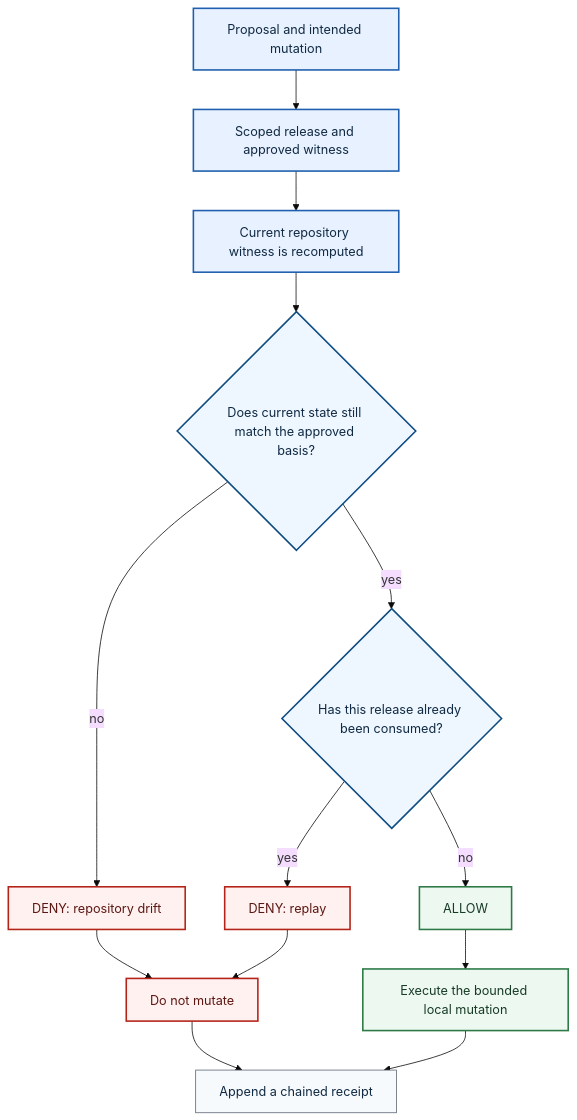
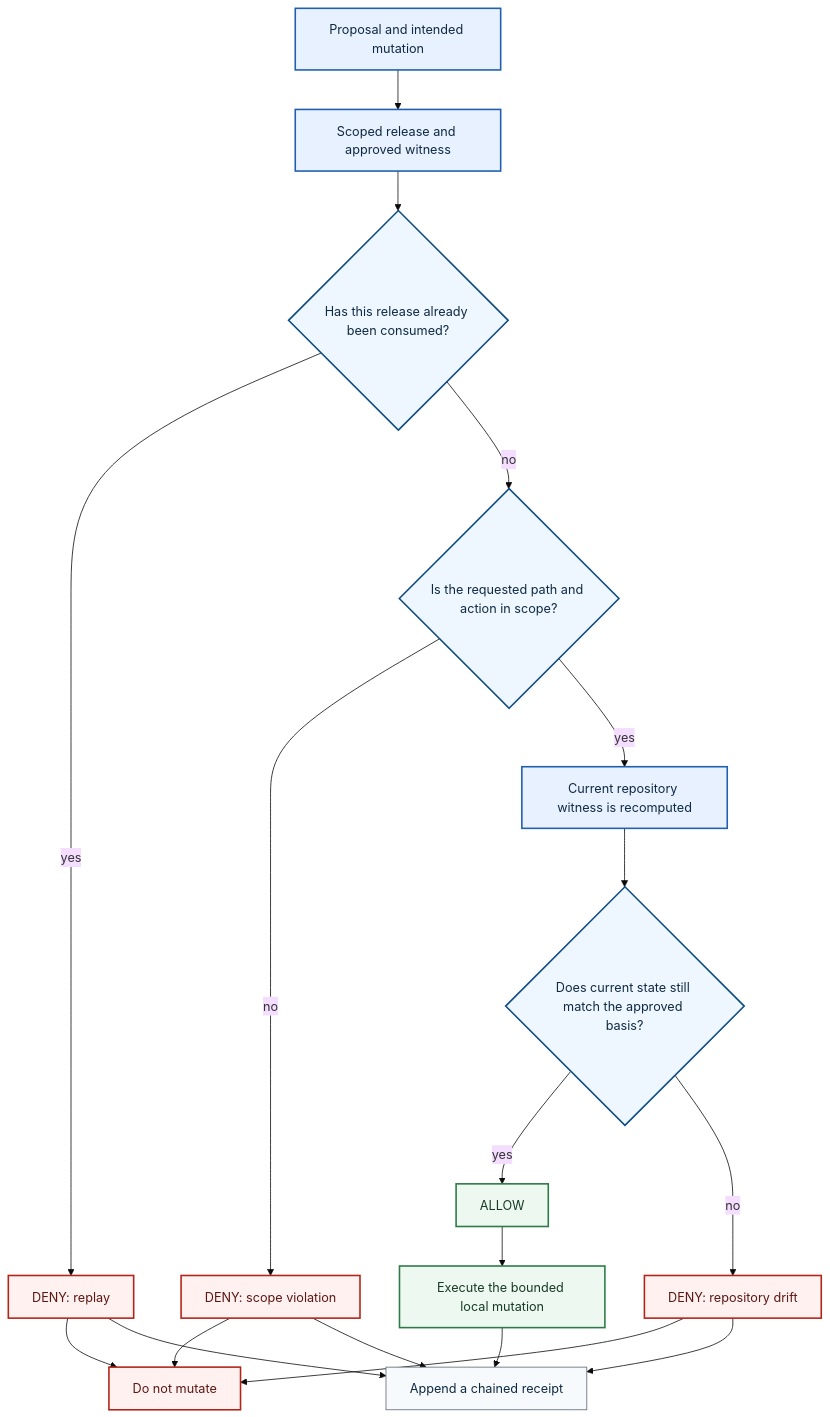
One commit to DETERMAai/determa-governed-execution-demo changed the diagram in README.md. Above: the diagram before and after it, drawn with Mermaid (base theme). The commit also changed other lines of this file, not shown here.

Commit message:
docs: align demo decision precedence with runtime
* docs: align replay and witness decision precedence

* docs: include scope check and receipt every decision path

* docs: make receipt edge explicit for every denial

* docs: show receipt edge on each denial outcome

````diff
--- a/README.md
+++ b/README.md
@@ -30,31 +30,41 @@
 ```mermaid
 flowchart TB
     A[Proposal and intended mutation]
     B[Scoped release and approved witness]
+    G{Has this release already been consumed?}
+    H[DENY: replay]
+    S{Is the requested path and action in scope?}
+    T[DENY: scope violation]
     C[Current repository witness is recomputed]
     D{Does current state still match the approved basis?}
     E[ALLOW]
     F[DENY: repository drift]
-    G{Has this release already been consumed?}
-    H[DENY: replay]
     I[Execute the bounded local mutation]
     J[Do not mutate]
     K[Append a chained receipt]
 
-    A --> B --> C --> D
-    D -->|yes| G
-    D -->|no| F --> J --> K
-    G -->|no| E --> I --> K
-    G -->|yes| H --> J
+    A --> B --> G
+    G -->|yes| H
+    G -->|no| S
+    S -->|no| T
+    S -->|yes| C --> D
+    D -->|yes| E --> I --> K
+    D -->|no| F
+    H --> J
+    H --> K
+    T --> J
+    T --> K
+    F --> J
+    F --> K
 
     classDef input fill:#e8f1ff,stroke:#1f5fae,color:#102a43,stroke-width:2px;
     classDef gate fill:#eef7ff,stroke:#0f4c81,color:#102a43,stroke-width:2px;
     classDef allow fill:#edf8f1,stroke:#2d7a46,color:#173b25,stroke-width:2px;
     classDef deny fill:#fff1f0,stroke:#b42318,color:#5c1712,stroke-width:2px;
     classDef evidence fill:#f7fafc,stroke:#5b6573,color:#102a43;
     class A,B,C input;
-    class D,G gate;
+    class D,G,S gate;
     class E,I allow;
-    class F,H,J deny;
+    class F,H,T,J deny;
     class K evidence;
 ```
````
